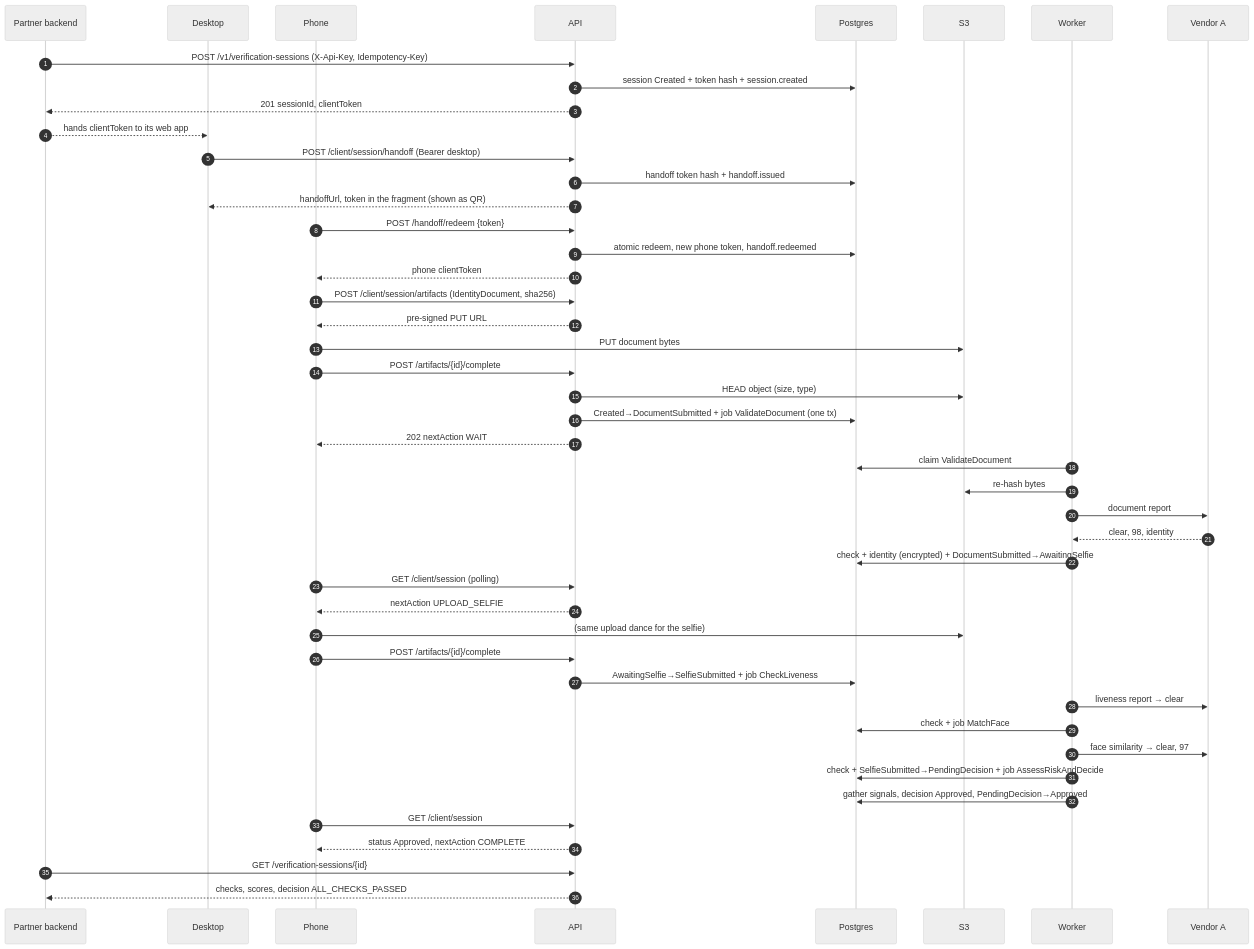
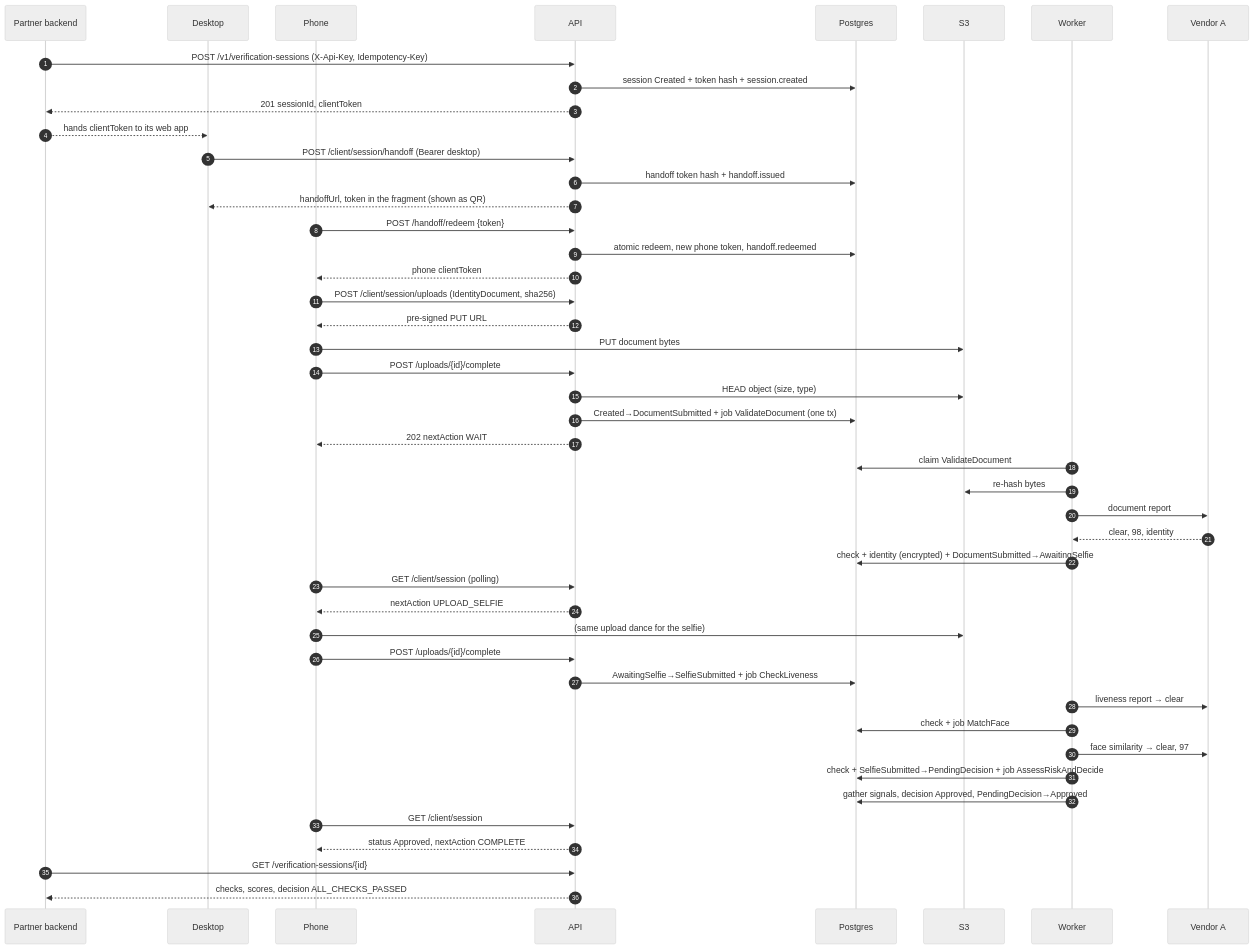
One commit to MSolarMP/mock-kyc-backend changed the tenth of 10 diagrams in docs/WALKTHROUGH.md. Above: the diagram before and after it, drawn with Mermaid (neutral theme). The commit also changed other lines of this file and 33 other files, not shown here.

````diff
--- a/docs/WALKTHROUGH.md
+++ b/docs/WALKTHROUGH.md
@@ -690,49 +690,49 @@
 ```mermaid
 sequenceDiagram
     autonumber
     participant P as Partner backend
     participant D as Desktop
     participant M as Phone
     participant API
     participant DB as Postgres
     participant S3
     participant W as Worker
     participant V as Vendor A
 
     P->>API: POST /v1/verification-sessions (X-Api-Key, Idempotency-Key)
     API->>DB: session Created + token hash + session.created
     API-->>P: 201 sessionId, clientToken
     P-->>D: hands clientToken to its web app
     D->>API: POST /client/session/handoff (Bearer desktop)
     API->>DB: handoff token hash + handoff.issued
     API-->>D: handoffUrl, token in the fragment (shown as QR)
     M->>API: POST /handoff/redeem {token}
     API->>DB: atomic redeem, new phone token, handoff.redeemed
     API-->>M: phone clientToken
-    M->>API: POST /client/session/artifacts (IdentityDocument, sha256)
+    M->>API: POST /client/session/uploads (IdentityDocument, sha256)
     API-->>M: pre-signed PUT URL
     M->>S3: PUT document bytes
-    M->>API: POST /artifacts/{id}/complete
+    M->>API: POST /uploads/{id}/complete
     API->>S3: HEAD object (size, type)
     API->>DB: Created→DocumentSubmitted + job ValidateDocument (one tx)
     API-->>M: 202 nextAction WAIT
     W->>DB: claim ValidateDocument
     W->>S3: re-hash bytes
     W->>V: document report
     V-->>W: clear, 98, identity
     W->>DB: check + identity (encrypted) + DocumentSubmitted→AwaitingSelfie
     M->>API: GET /client/session (polling)
     API-->>M: nextAction UPLOAD_SELFIE
     M->>S3: (same upload dance for the selfie)
-    M->>API: POST /artifacts/{id}/complete
+    M->>API: POST /uploads/{id}/complete
     API->>DB: AwaitingSelfie→SelfieSubmitted + job CheckLiveness
     W->>V: liveness report → clear
     W->>DB: check + job MatchFace
     W->>V: face similarity → clear, 97
     W->>DB: check + SelfieSubmitted→PendingDecision + job AssessRiskAndDecide
     W->>DB: gather signals, decision Approved, PendingDecision→Approved
     M->>API: GET /client/session
     API-->>M: status Approved, nextAction COMPLETE
     P->>API: GET /verification-sessions/{id}
     API-->>P: checks, scores, decision ALL_CHECKS_PASSED
 ```
````
